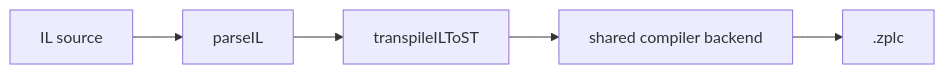
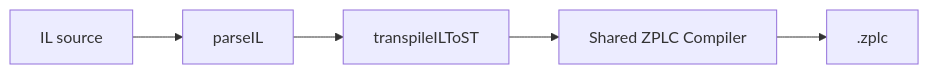
The diagram in docs/docs/languages/il.md (eduardojvieira/ZPLC), drawn with Mermaid before and after one commit. The commit also changed other lines of this file and 55 other files, not shown here.

````diff
--- a/docs/docs/languages/il.md
+++ b/docs/docs/languages/il.md
@@ -19,7 +15,7 @@
 ```mermaid
 flowchart LR
   IL[IL source] --> Parse[parseIL]
   Parse --> ToST[transpileILToST]
-  ToST --> Compile[shared compiler backend]
+  ToST --> Compile[Shared ZPLC Compiler]
   Compile --> ZPLC[.zplc]
 ```
````
